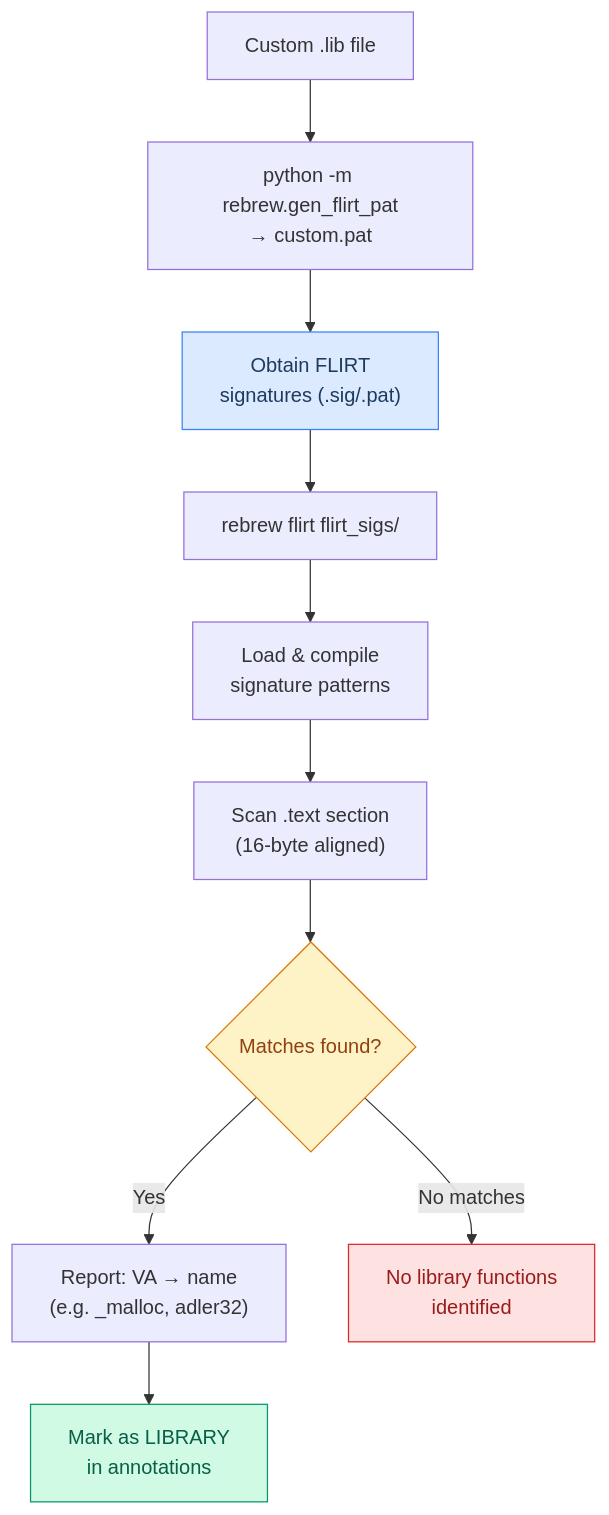
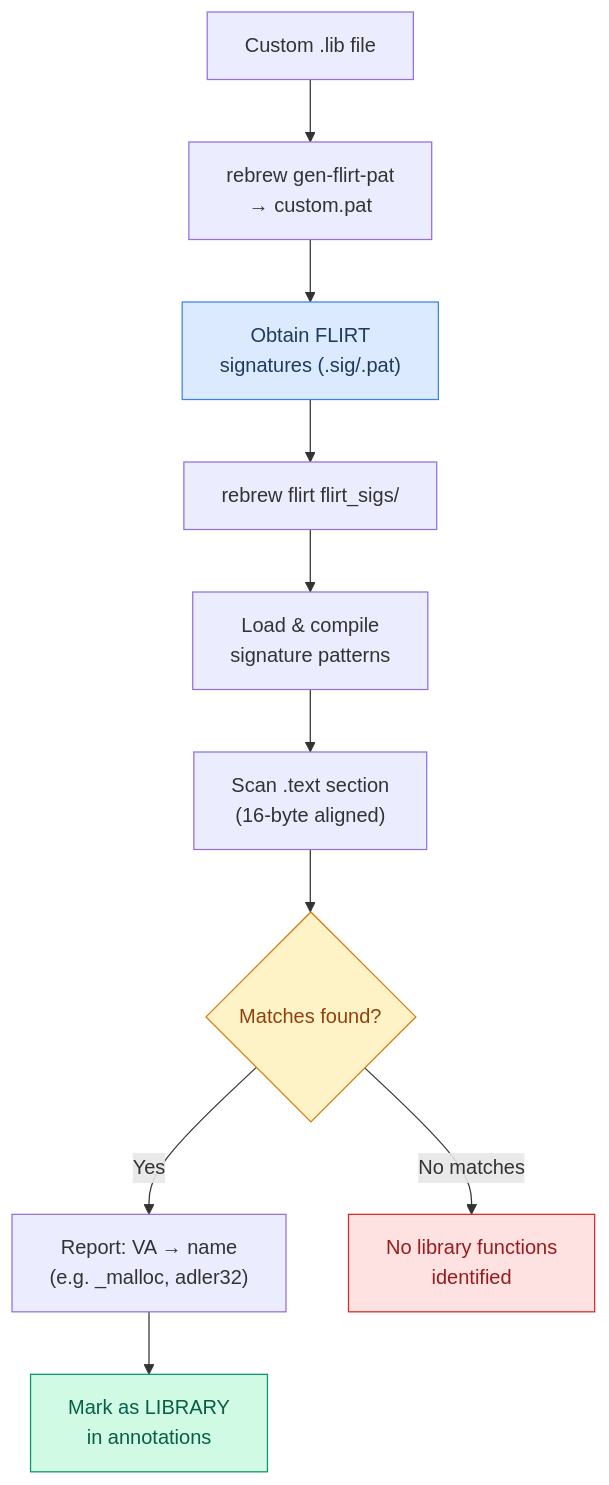
Before and after one commit to maci0/rebrew: diagram 13 of 16 in docs/USER_STORIES.md, drawn with Mermaid. The commit also changed other lines of this file and 19 other files, not shown here.

````diff
--- a/docs/USER_STORIES.md
+++ b/docs/USER_STORIES.md
@@ -431,18 +432,18 @@
 ```mermaid
 graph TD
     A["Obtain FLIRT<br/>signatures (.sig/.pat)"] --> B["rebrew flirt flirt_sigs/"]
     B --> C["Load & compile<br/>signature patterns"]
     C --> D["Scan .text section<br/>(16-byte aligned)"]
     D --> E{"Matches found?"}
     E -->|Yes| F["Report: VA → name<br/>(e.g. _malloc, adler32)"]
     E -->|No matches| G["No library functions<br/>identified"]
     F --> H["Mark as LIBRARY<br/>in annotations"]
 
-    I["Custom .lib file"] --> J["python -m rebrew.gen_flirt_pat<br/>→ custom.pat"]
+    I["Custom .lib file"] --> J["rebrew gen-flirt-pat<br/>→ custom.pat"]
     J --> A
 
     style A fill:#dbeafe,stroke:#3b82f6,color:#1e3a5f
     style H fill:#d1fae5,stroke:#059669,color:#065f46
     style G fill:#fee2e2,stroke:#dc2626,color:#991b1b
     style E fill:#fef3c7,stroke:#d97706,color:#92400e
 ```
````
